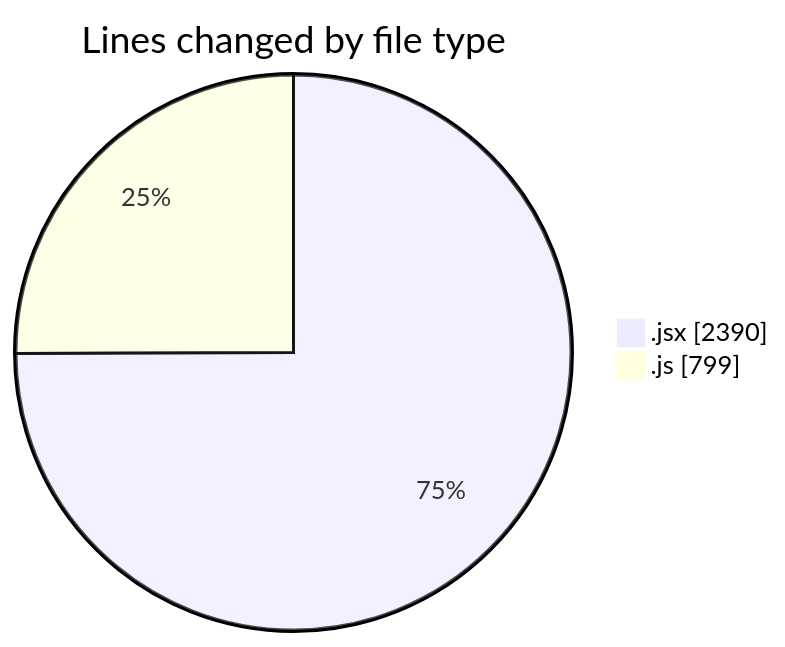
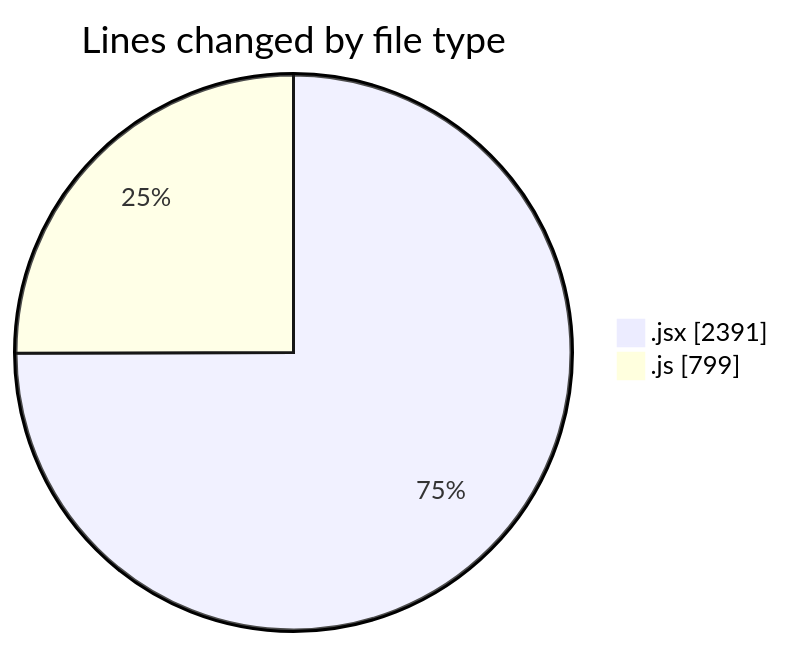
Before and after one commit to nxtqubesakshisongat/code-tracking: the first of 2 diagrams in 2025-07-14/argos/README.md, drawn with Mermaid. The commit also changed other lines of this file and 1 other file, not shown here.

````diff
--- a/2025-07-14/argos/README.md
+++ b/2025-07-14/argos/README.md
@@ -24,6 +24,6 @@
 ```mermaid
 pie showData
 title Lines changed by file type
-".jsx" : 2390
+".jsx" : 2391
 ".js" : 799
 ```
````
